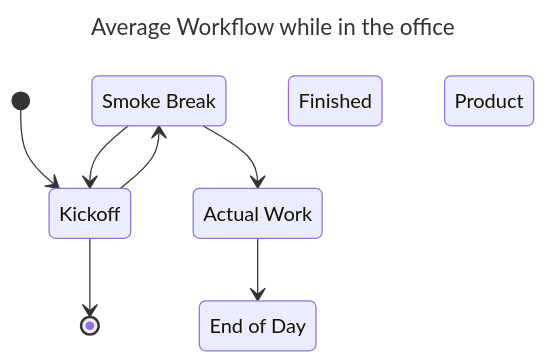
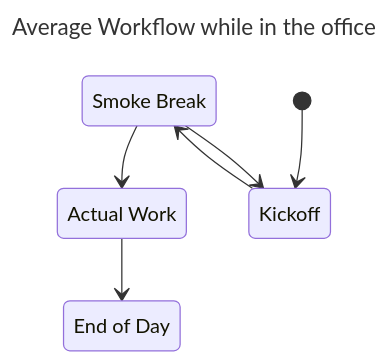
The second of 2 diagrams in README.md (EricTelekom/EricTelekom), drawn with Mermaid before and after one commit.

````diff
--- a/README.md
+++ b/README.md
@@ -25,17 +25,15 @@
 ```mermaid
 ---
 title: Average Workflow while in the office
 ---
 stateDiagram-v2
     State1: Smoke Break
     State2: Actual Work
     State3: End of Day
     [*] --> Kickoff
-    Kickoff --> [*]
 
     Kickoff --> State1
     State1 --> Kickoff
     State1 --> State2
     State2 --> State3
-    Finished Product
 ```
````
